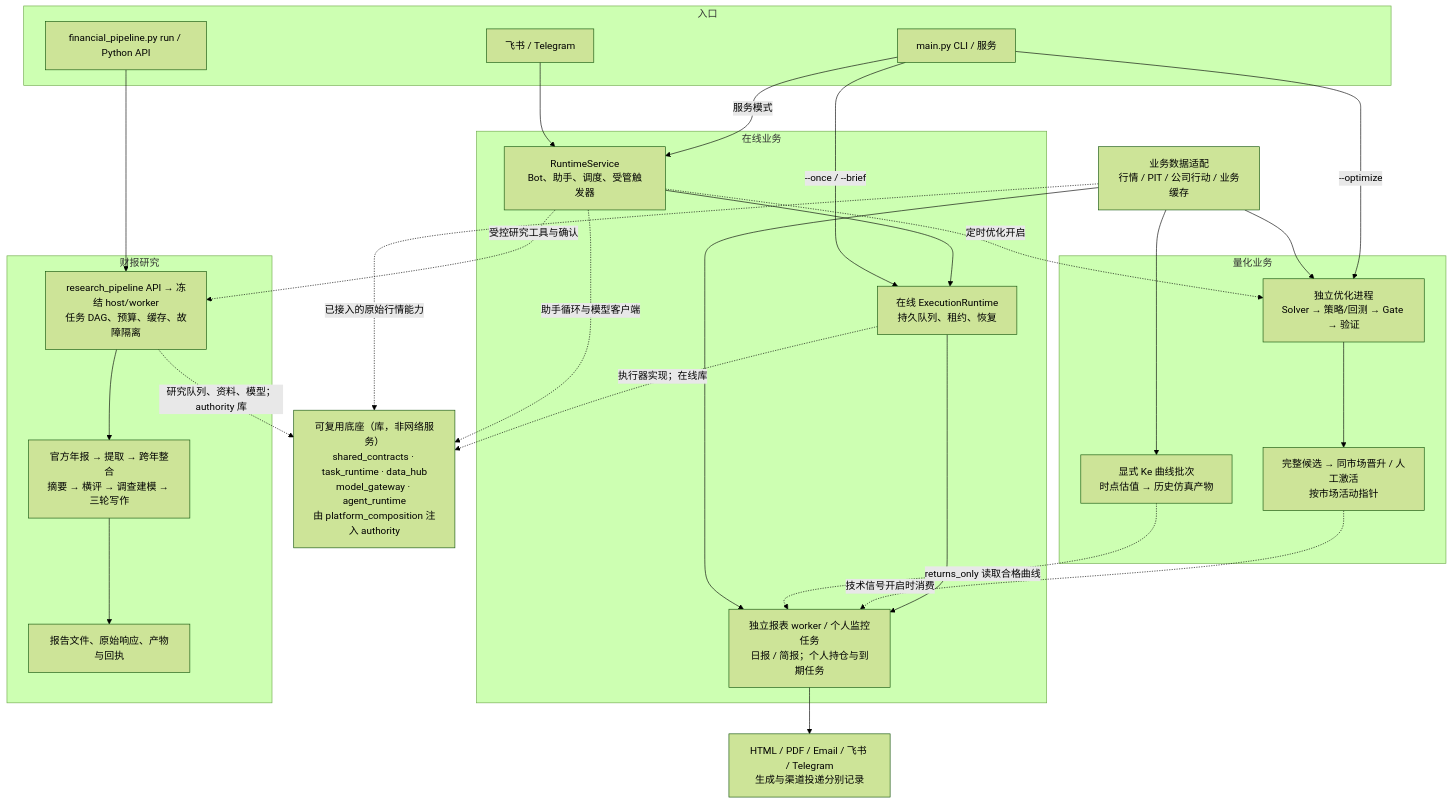
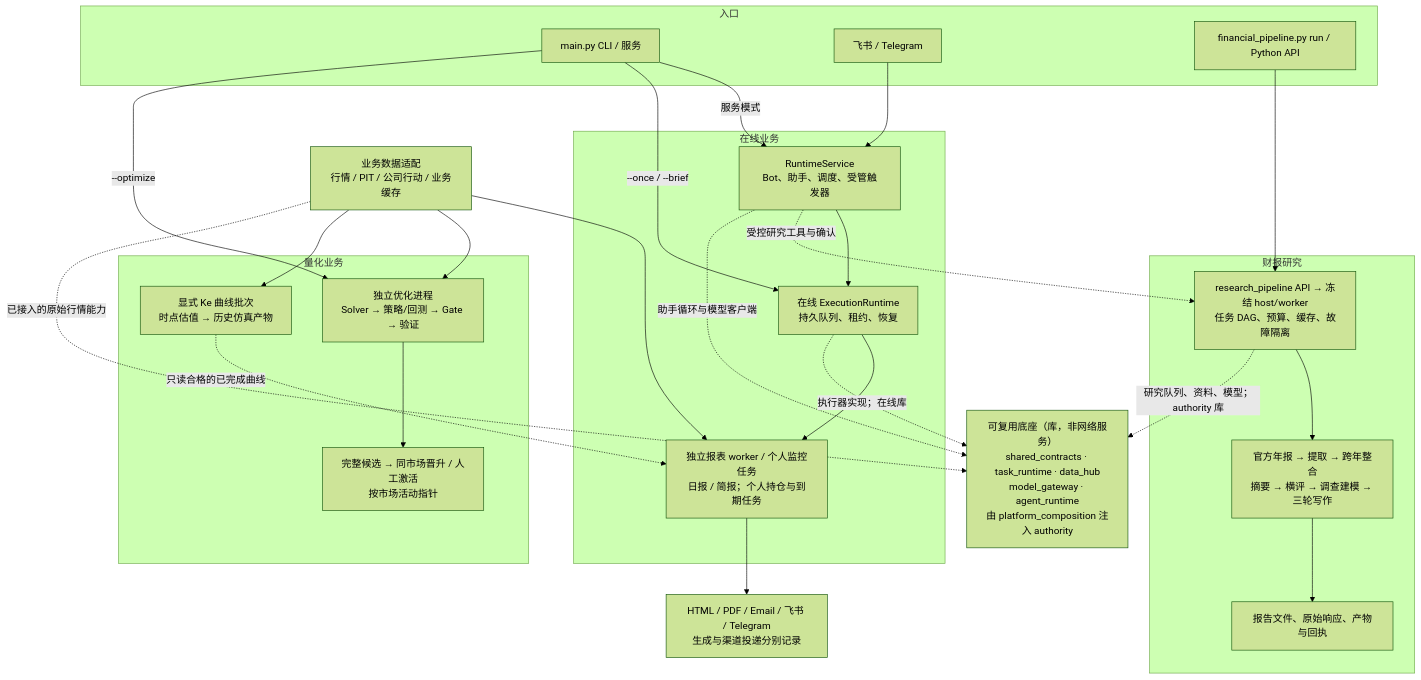
One commit to Saltflow/trade_eyes_keeper changed the first of 7 diagrams in docs/architecture_overview.md. Above: the diagram before and after it, drawn with Mermaid (forest theme). The commit also changed other lines of this file and 100 other files, not shown here.

````diff
--- a/docs/architecture_overview.md
+++ b/docs/architecture_overview.md
@@ -29,47 +29,45 @@
 ```mermaid
 flowchart TB
     subgraph ENTRY["入口"]
         MAIN["main.py CLI / 服务"]
         BOT["飞书 / Telegram"]
         FINCLI["financial_pipeline.py run / Python API"]
     end
     subgraph ONLINE["在线业务"]
         HOST["RuntimeService<br/>Bot、助手、调度、受管触发器"]
         QUEUE["在线 ExecutionRuntime<br/>持久队列、租约、恢复"]
         REPORT["独立报表 worker / 个人监控任务<br/>日报 / 简报；个人持仓与到期任务"]
         HOST --> QUEUE --> REPORT
     end
     subgraph QUANT["量化业务"]
         SEARCH["独立优化进程<br/>Solver → 策略/回测 → Gate → 验证"]
         ACTIVE["完整候选 → 同市场晋升 / 人工激活<br/>按市场活动指针"]
         KE["显式 Ke 曲线批次<br/>时点估值 → 历史仿真产物"]
         SEARCH --> ACTIVE
     end
     subgraph RESEARCH["财报研究"]
         API["research_pipeline API → 冻结 host/worker<br/>任务 DAG、预算、缓存、故障隔离"]
         STAGES["官方年报 → 提取 → 跨年整合<br/>摘要 → 横评 → 调查建模 → 三轮写作"]
         RESULT["报告文件、原始响应、产物与回执"]
         API --> STAGES --> RESULT
     end
     DATA["业务数据适配<br/>行情 / PIT / 公司行动 / 业务缓存"]
     PLATFORM["可复用底座（库，非网络服务）<br/>shared_contracts · task_runtime · data_hub<br/>model_gateway · agent_runtime<br/>由 platform_composition 注入 authority"]
     OUT["HTML / PDF / Email / 飞书 / Telegram<br/>生成与渠道投递分别记录"]
 
     MAIN -->|服务模式| HOST
     BOT --> HOST
     MAIN -->|--once / --brief| QUEUE
     MAIN -->|--optimize| SEARCH
-    HOST -.->|定时优化开启| SEARCH
     HOST -.->|受控研究工具与确认| API
     FINCLI --> API
-    ACTIVE -.->|技术信号开启时消费| REPORT
-    KE -.->|returns_only 读取合格曲线| REPORT
+    KE -.->|只读合格的已完成曲线| REPORT
     DATA --> REPORT
     DATA --> SEARCH
     DATA --> KE
     QUEUE -.->|执行器实现；在线库| PLATFORM
     HOST -.->|助手循环与模型客户端| PLATFORM
     API -.->|研究队列、资料、模型；authority 库| PLATFORM
     DATA -.->|已接入的原始行情能力| PLATFORM
     REPORT --> OUT
 ```
````
